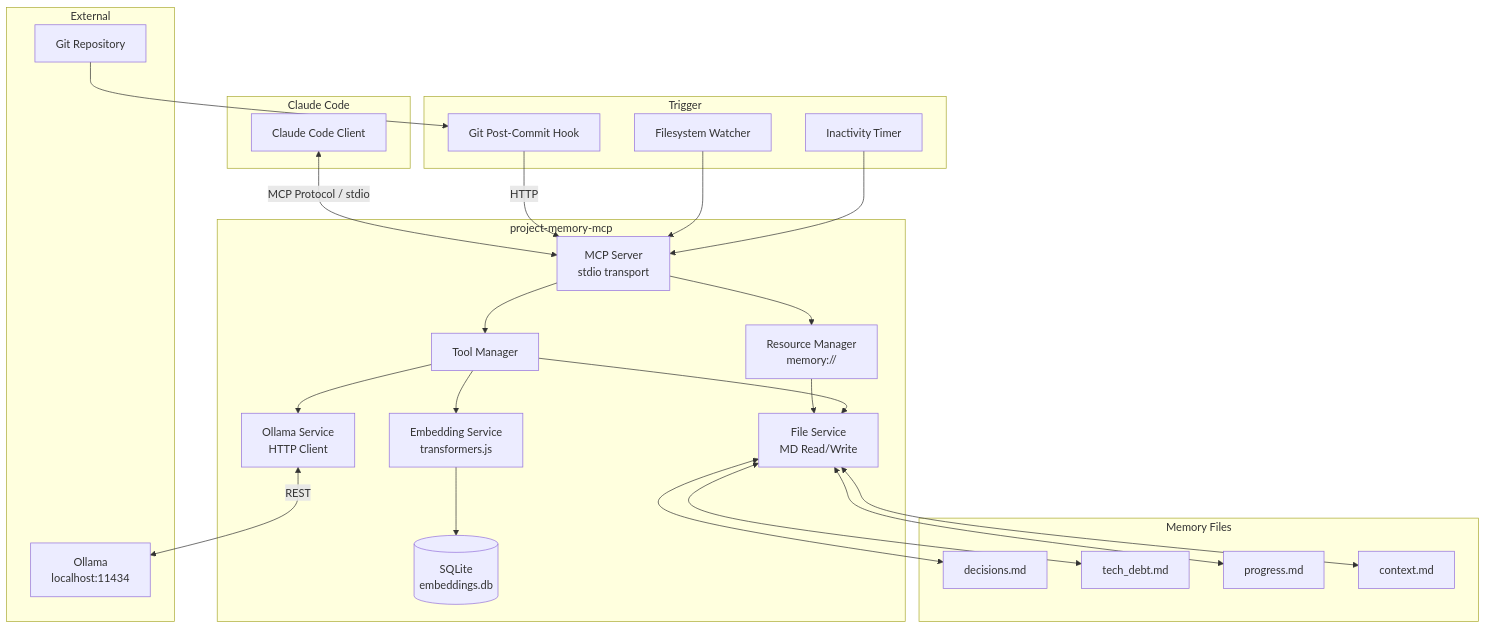
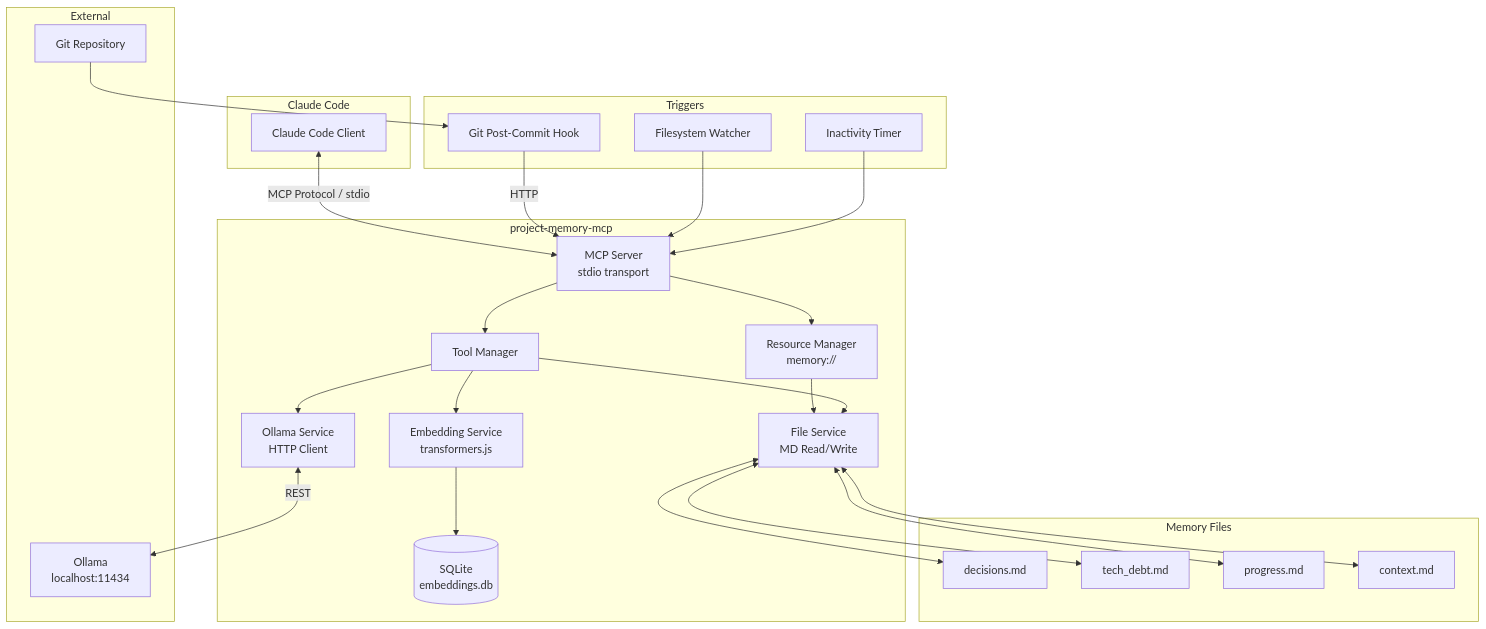
One commit to pnientiedt/project-memory-mcp changed the first of 2 diagrams in requirements.md. Above: the diagram before and after it, drawn with Mermaid. The commit also changed other lines of this file and 11 other files, not shown here.

````diff
--- a/requirements.md
+++ b/requirements.md
@@ -197,49 +194,49 @@
 ```mermaid
 graph TB
     subgraph "Claude Code"
         CC[Claude Code Client]
     end
 
     subgraph "project-memory-mcp"
         MCP[MCP Server<br/>stdio transport]
         RM[Resource Manager<br/>memory://]
         TM[Tool Manager]
         ES[Embedding Service<br/>transformers.js]
         OS[Ollama Service<br/>HTTP Client]
         FS[File Service<br/>MD Read/Write]
         DB[(SQLite<br/>embeddings.db)]
     end
 
-    subgraph "Trigger"
+    subgraph "Triggers"
         GH[Git Post-Commit Hook]
         FW[Filesystem Watcher]
         IT[Inactivity Timer]
     end
 
     subgraph "External"
         OL[Ollama<br/>localhost:11434]
         GR[Git Repository]
     end
 
     subgraph "Memory Files"
         DEC[decisions.md]
         TD[tech_debt.md]
         PRG[progress.md]
         CTX[context.md]
     end
 
     CC <-->|MCP Protocol / stdio| MCP
     MCP --> RM
     MCP --> TM
     RM --> FS
     TM --> FS
     TM --> ES
     TM --> OS
     ES --> DB
     FS <--> DEC & TD & PRG & CTX
     OS <-->|REST| OL
     GH -->|HTTP| MCP
     FW --> MCP
     IT --> MCP
     GR --> GH
 ```
````
